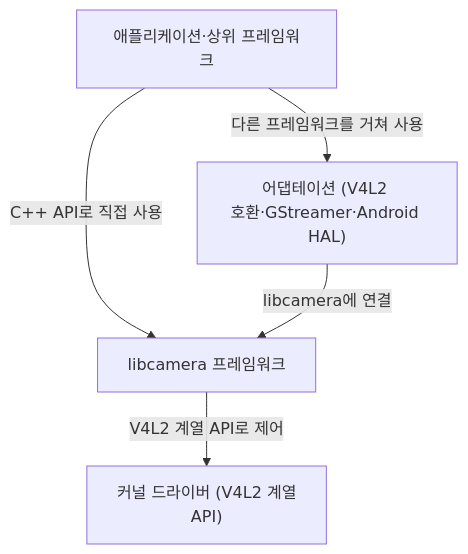
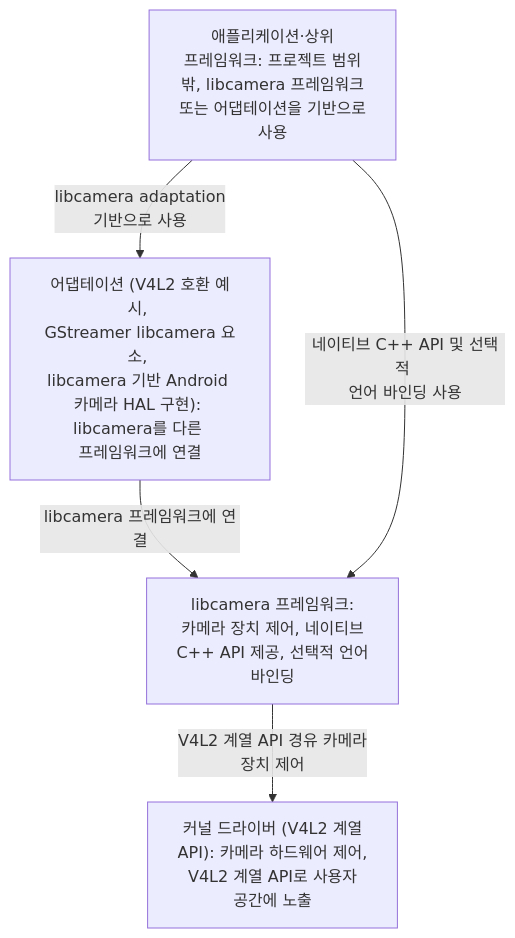
The diagram in docs/index.camera-stack.mmd (TTolsun/libcamera-sdd), drawn with Mermaid before and after one commit. The commit also changed 352 other files, not shown here.

```diff
--- a/docs/index.camera-stack.mmd
+++ b/docs/index.camera-stack.mmd
@@ -1,10 +1,10 @@
 flowchart TB
-%% sdd:translations {"C++ API로 직접 사용": "Use the C++ API directly", "V4L2 계열 API로 제어": "Control through the V4L2 <br/>family of APIs", "libcamera 프레임워크": "libcamera framework", "libcamera에 연결": "Connect to libcamera", "다른 프레임워크를 거쳐 사용": "Use through another <br/>framework", "애플리케이션·상위 프레임워크": "Applications and <br/>upper-level frameworks", "어댑테이션 (V4L2 <br/>호환·GStreamer·Android HAL)": "Adaptation (V4L2 <br/>compatibility, GStreamer, <br/>Android HAL)", "커널 드라이버 (V4L2 계열 <br/>API)": "Kernel drivers (V4L2 family <br/>of APIs)"}
-  v_apps["애플리케이션·상위 프레임워크"]
-  v_adaptation["어댑테이션 (V4L2 <br/>호환·GStreamer·Android HAL)"]
-  v_framework["libcamera 프레임워크"]
-  v_kernel["커널 드라이버 (V4L2 계열 <br/>API)"]
-  v_apps -->|"C++ API로 직접 사용"| v_framework
-  v_apps -->|"다른 프레임워크를 거쳐 사용"| v_adaptation
-  v_adaptation -->|"libcamera에 연결"| v_framework
-  v_framework -->|"V4L2 계열 API로 제어"| v_kernel
+%% sdd:translations {"V4L2 계열 API 경유 카메라 <br/>장치 제어": "Control camera devices via <br/>the V4L2 family of APIs", "libcamera adaptation <br/>기반으로 사용": "Use based on the libcamera <br/>adaptation", "libcamera 프레임워크: <br/>카메라 장치 제어, 네이티브 <br/>C++ API 제공, 선택적 언어 <br/>바인딩": "libcamera framework: camera <br/>device control, native C++ <br/>API, optional language <br/>bindings", "libcamera 프레임워크에 연결": "Connect to the libcamera <br/>framework", "네이티브 C++ API 및 선택적 <br/>언어 바인딩 사용": "Use the native C++ API and <br/>optional language bindings", "애플리케이션·상위 <br/>프레임워크: 프로젝트 범위 <br/>밖, libcamera 프레임워크 <br/>또는 어댑테이션을 기반으로 <br/>사용": "Applications and <br/>upper-level frameworks: <br/>outside project scope, <br/>based on the libcamera <br/>framework or adaptation", "어댑테이션 (V4L2 호환 예시, <br/>GStreamer libcamera 요소, <br/>libcamera 기반 Android <br/>카메라 HAL 구현): <br/>libcamera를 다른 <br/>프레임워크에 연결": "Adaptation (V4L2 <br/>compatibility example, <br/>gstreamer libcamera <br/>element, libcamera-based <br/>Android camera HAL <br/>implementation): connects <br/>libcamera to other <br/>frameworks", "커널 드라이버 (V4L2 계열 <br/>API): 카메라 하드웨어 제어, <br/>V4L2 계열 API로 사용자 <br/>공간에 노출": "Kernel drivers (V4L2 family <br/>of APIs): control camera <br/>hardware and expose it to <br/>userspace through V4L2 APIs"}
+  v_apps["애플리케이션·상위 <br/>프레임워크: 프로젝트 범위 <br/>밖, libcamera 프레임워크 <br/>또는 어댑테이션을 기반으로 <br/>사용"]
+  v_adaptation["어댑테이션 (V4L2 호환 예시, <br/>GStreamer libcamera 요소, <br/>libcamera 기반 Android <br/>카메라 HAL 구현): <br/>libcamera를 다른 <br/>프레임워크에 연결"]
+  v_framework["libcamera 프레임워크: <br/>카메라 장치 제어, 네이티브 <br/>C++ API 제공, 선택적 언어 <br/>바인딩"]
+  v_kernel["커널 드라이버 (V4L2 계열 <br/>API): 카메라 하드웨어 제어, <br/>V4L2 계열 API로 사용자 <br/>공간에 노출"]
+  v_apps -->|"libcamera adaptation <br/>기반으로 사용"| v_adaptation
+  v_adaptation -->|"libcamera 프레임워크에 연결"| v_framework
+  v_framework -->|"V4L2 계열 API 경유 카메라 <br/>장치 제어"| v_kernel
+  v_apps -->|"네이티브 C++ API 및 선택적 <br/>언어 바인딩 사용"| v_framework
```
